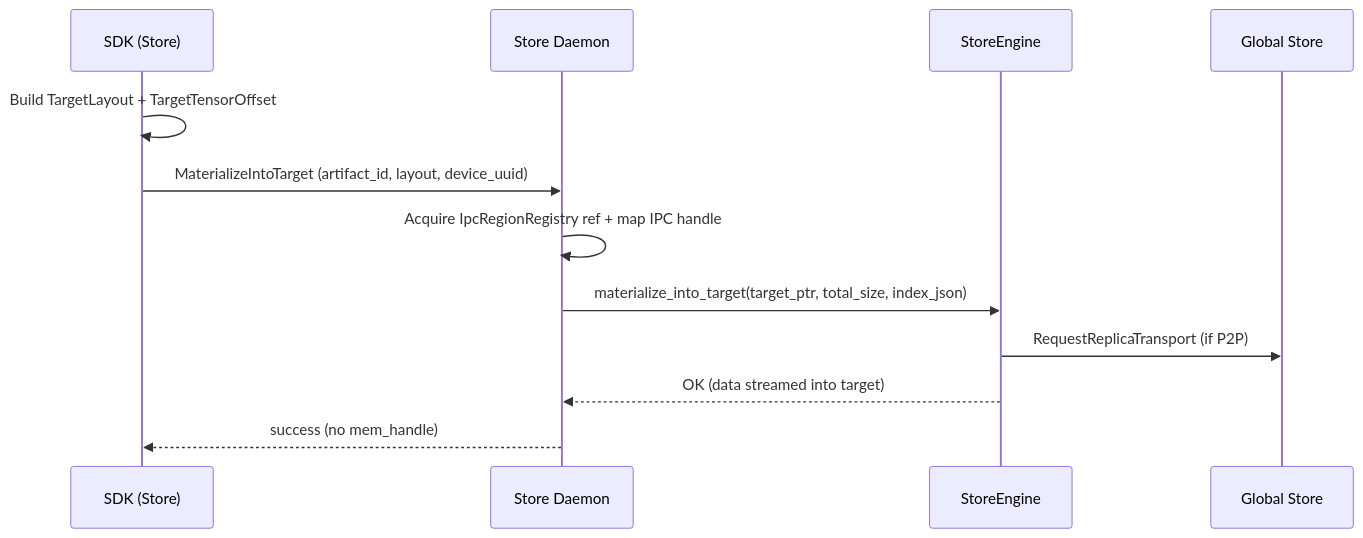
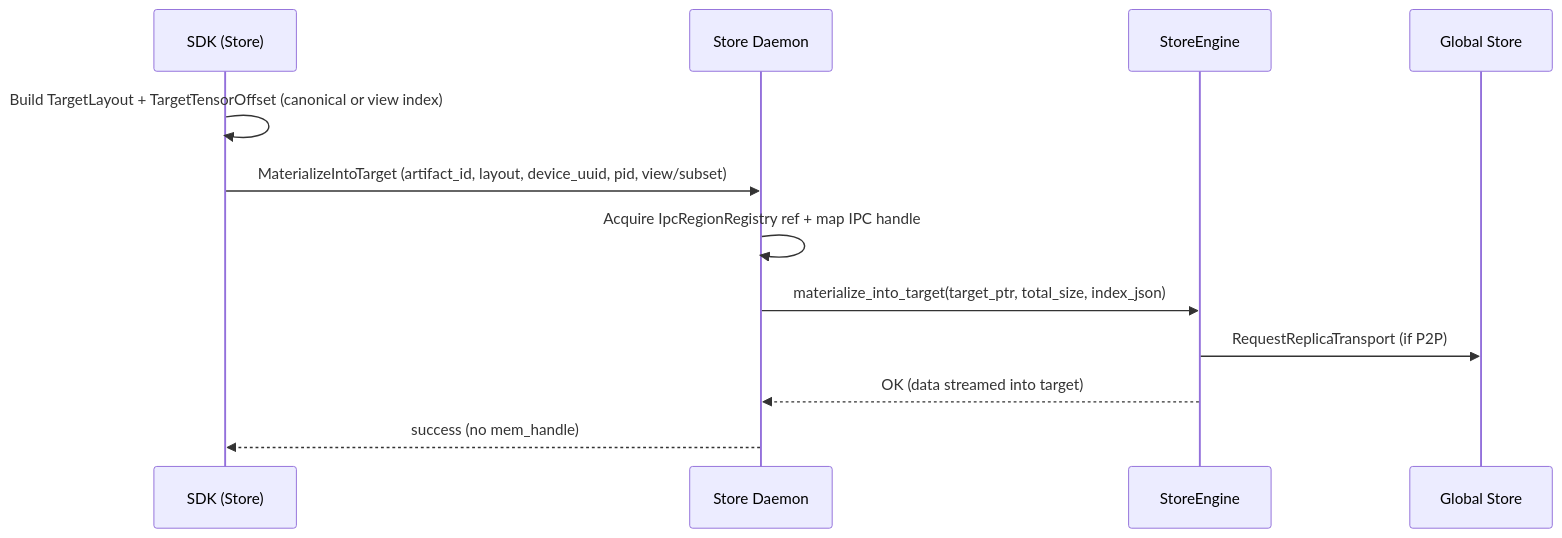
The second of 2 diagrams in docs/internals/tensor_dict_into_dataflow.md (tensorcast-ai/tensorcast), drawn with Mermaid before and after one commit. The commit also changed other lines of this file and 55 other files, not shown here.

Commit message:
feat(materialization): add target layout GPU sink (#143)

````diff
--- a/docs/internals/tensor_dict_into_dataflow.md
+++ b/docs/internals/tensor_dict_into_dataflow.md
@@ -47,15 +47,15 @@
 ```mermaid
 sequenceDiagram
   participant SDK as SDK (Store)
   participant Daemon as Store Daemon
   participant Engine as StoreEngine
   participant GS as Global Store
 
-  SDK->>SDK: Build TargetLayout + TargetTensorOffset
-  SDK->>Daemon: MaterializeIntoTarget (artifact_id, layout, device_uuid)
+  SDK->>SDK: Build TargetLayout + TargetTensorOffset (canonical or view index)
+  SDK->>Daemon: MaterializeIntoTarget (artifact_id, layout, device_uuid, pid, view/subset)
   Daemon->>Daemon: Acquire IpcRegionRegistry ref + map IPC handle
   Daemon->>Engine: materialize_into_target(target_ptr, total_size, index_json)
   Engine->>GS: RequestReplicaTransport (if P2P)
   Engine-->>Daemon: OK (data streamed into target)
   Daemon-->>SDK: success (no mem_handle)
 ```
````
